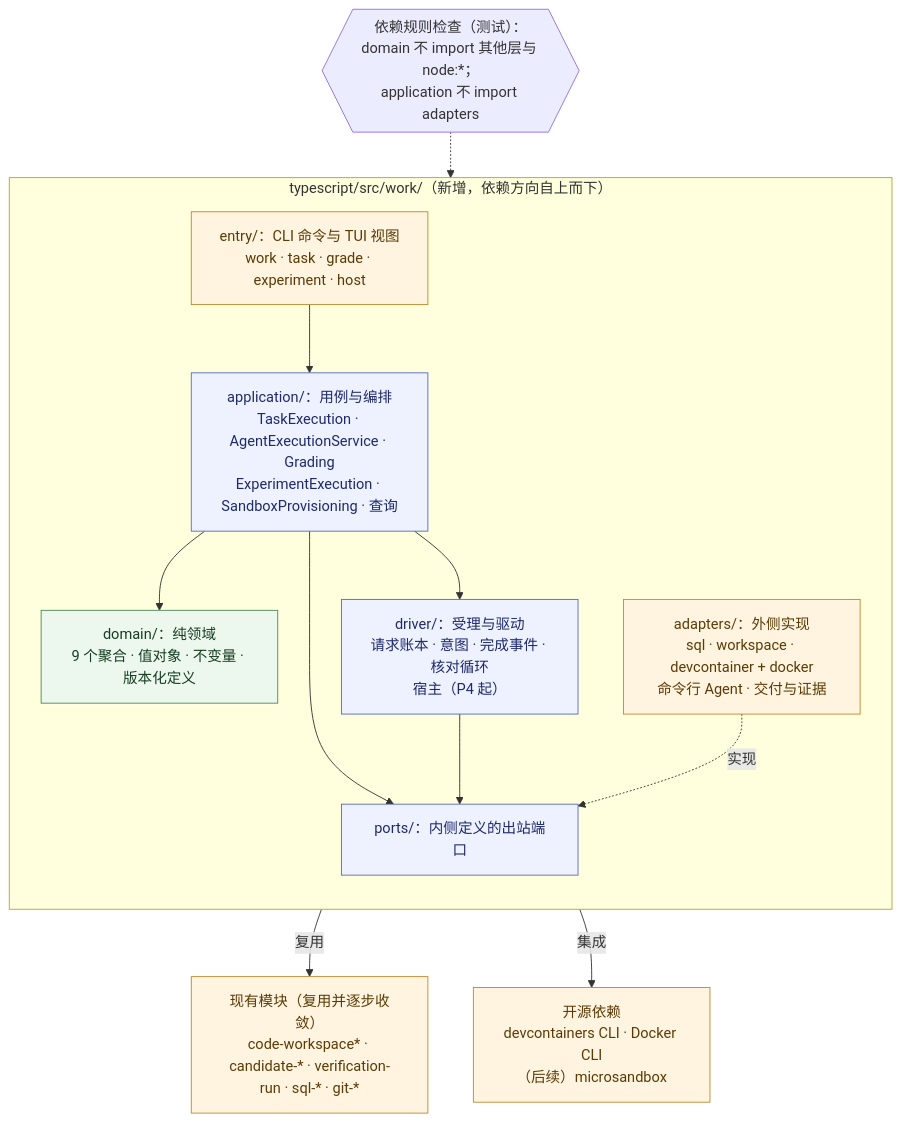
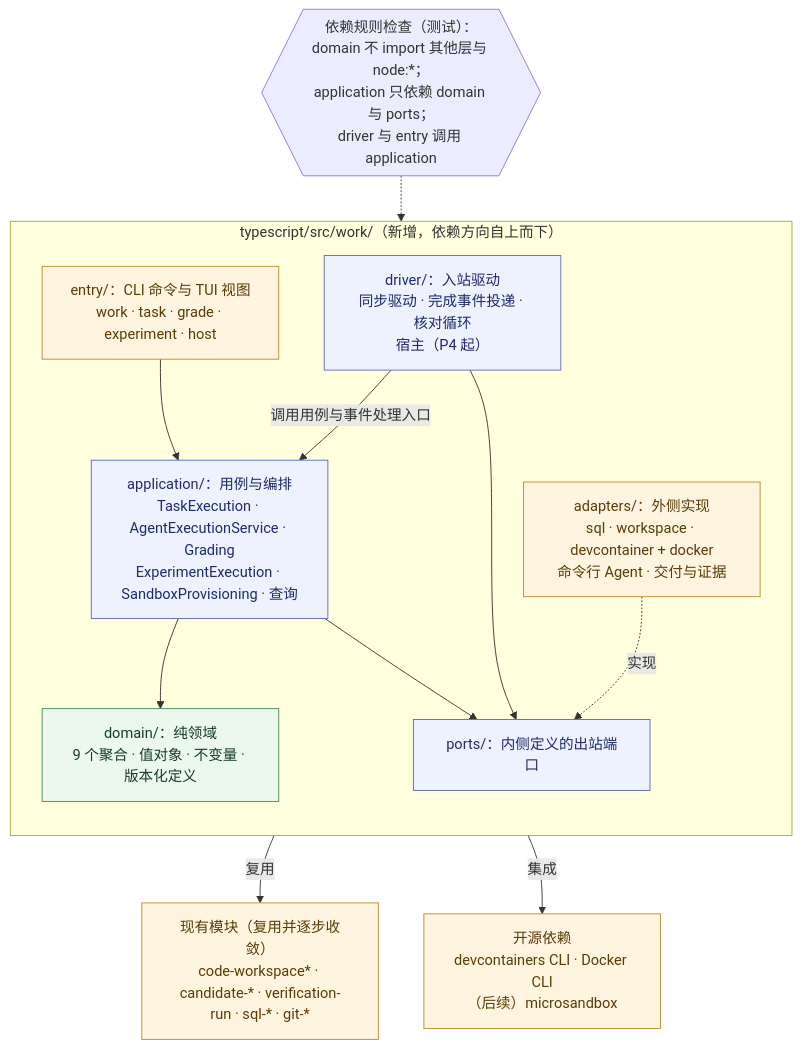
One commit to MaybeLL/Ground changed the diagram in docs/assets/impl-layout.mmd. Above: the diagram before and after it, drawn with Mermaid. The commit also changed 11 other files, not shown here.

```diff
--- a/docs/assets/impl-layout.mmd
+++ b/docs/assets/impl-layout.mmd
@@ -1,28 +1,28 @@
 flowchart TB
   subgraph WORK["typescript/src/work/（新增，依赖方向自上而下）"]
     direction TB
     CLIW["entry/：CLI 命令与 TUI 视图<br/>work · task · grade · experiment · host"]
     APPW["application/：用例与编排<br/>TaskExecution · AgentExecutionService · Grading<br/>ExperimentExecution · SandboxProvisioning · 查询"]
-    DRVW["driver/：受理与驱动<br/>请求账本 · 意图 · 完成事件 · 核对循环<br/>宿主（P4 起）"]
+    DRVW["driver/：入站驱动<br/>同步驱动 · 完成事件投递 · 核对循环<br/>宿主（P4 起）"]
     DOMW["domain/：纯领域<br/>9 个聚合 · 值对象 · 不变量 · 版本化定义"]
     PORTW["ports/：内侧定义的出站端口"]
     ADPW["adapters/：外侧实现<br/>sql · workspace · devcontainer + docker<br/>命令行 Agent · 交付与证据"]
   end
   LEG["现有模块（复用并逐步收敛）<br/>code-workspace* · candidate-* · verification-run · sql-* · git-*"]
   CLIW --> APPW
   APPW --> DOMW
   APPW --> PORTW
-  APPW --> DRVW
+  DRVW -->|调用用例与事件处理入口| APPW
   DRVW --> PORTW
   ADPW -.->|实现| PORTW
   ADPW -->|复用| LEG
   OSS["开源依赖<br/>devcontainers CLI · Docker CLI<br/>（后续）microsandbox"]
   ADPW -->|集成| OSS
-  CHK{{"依赖规则检查（测试）：<br/>domain 不 import 其他层与 node:*；<br/>application 不 import adapters"}}
+  CHK{{"依赖规则检查（测试）：<br/>domain 不 import 其他层与 node:*；<br/>application 只依赖 domain 与 ports；<br/>driver 与 entry 调用 application"}}
   CHK -.-> WORK
   classDef a fill:#eef2ff,stroke:#5b6abf,color:#1e2a6b;
   classDef d fill:#ecf7ee,stroke:#4c8a5a,color:#173d22;
   classDef o fill:#fff4e0,stroke:#c08a2d,color:#5a3b06;
   class APPW,DRVW,PORTW a;
   class DOMW d;
   class CLIW,ADPW,LEG,OSS o;
```
